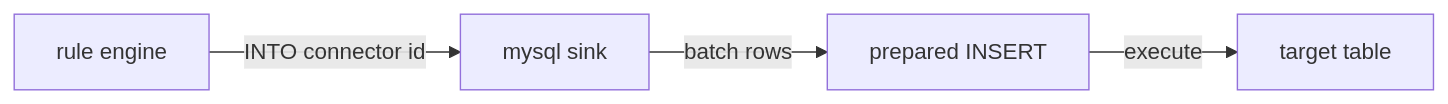
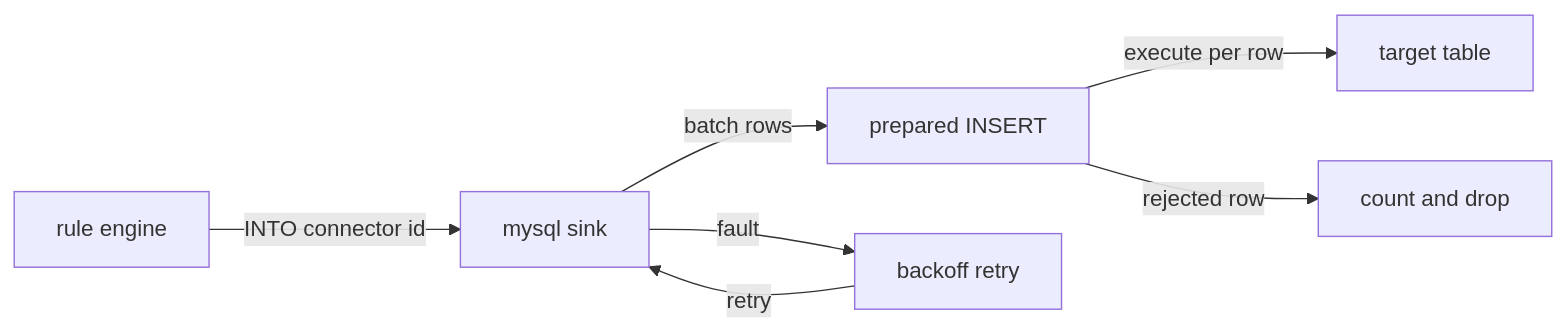
The diagram in docs/connectors/mysql.md (Indus-Stack/indramqtt), drawn with Mermaid before and after one commit. The commit also changed other lines of this file and 3 other files, not shown here.

````diff
--- a/docs/connectors/mysql.md
+++ b/docs/connectors/mysql.md
@@ -14,6 +14,9 @@
 ```mermaid
 flowchart LR
     Rule["rule engine"] -- "INTO connector id" --> Sink["mysql sink"]
     Sink -- "batch rows" --> Prep["prepared INSERT"]
-    Prep -- "execute" --> Tbl["target table"]
+    Prep -- "execute per row" --> Tbl["target table"]
+    Prep -- "rejected row" --> Drop["count and drop"]
+    Sink -- "fault" --> Back["backoff retry"]
+    Back -- "retry" --> Sink
 ```
````
